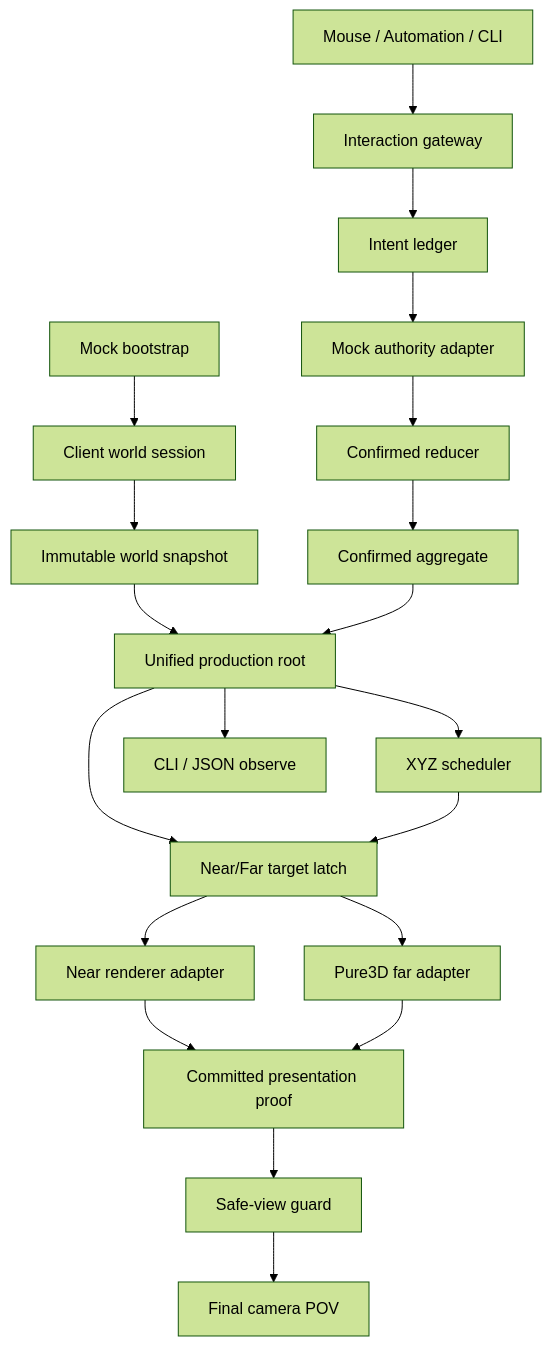
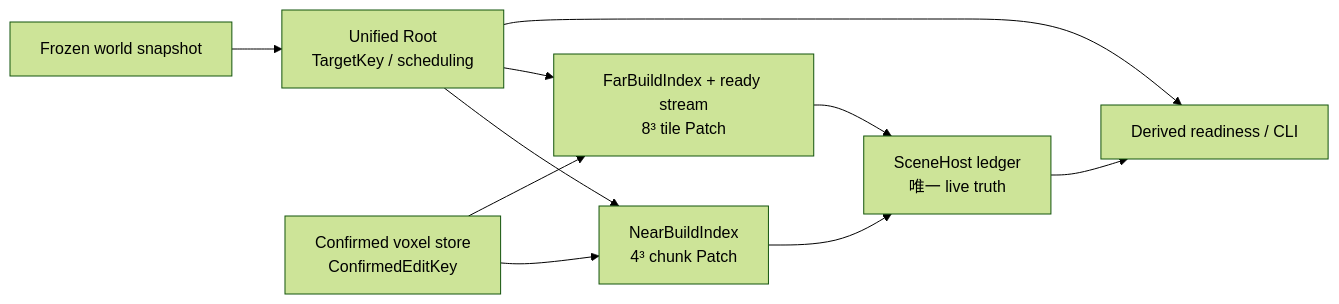
One commit to dyzdyz010/ex_mmo_cluster changed the diagram in docs/00-current-truth/design/client/streaming-lod.md. Above: the diagram before and after it, drawn with Mermaid (forest theme). The commit also changed other lines of this file and 7 other files, not shown here.

Commit message:
docs: establish patch diff streaming truth

````diff
--- a/docs/00-current-truth/design/client/streaming-lod.md
+++ b/docs/00-current-truth/design/client/streaming-lod.md
@@ -57,22 +51,20 @@
 ```mermaid
-flowchart TD
-    Bootstrap[Mock bootstrap] --> Session[Client world session]
-    Session --> Snapshot[Immutable world snapshot]
-    Input[Mouse / Automation / CLI] --> Gateway[Interaction gateway]
-    Gateway --> Intent[Intent ledger]
-    Intent --> Mock[Mock authority adapter]
-    Mock --> Reducer[Confirmed reducer]
-    Reducer --> Confirmed[Confirmed aggregate]
-    Snapshot --> Root[Unified production root]
-    Confirmed --> Root
-    Root --> Scheduler[XYZ scheduler]
-    Root --> Latch[Near/Far target latch]
-    Scheduler --> Latch
-    Latch --> Near[Near renderer adapter]
-    Latch --> Far[Pure3D far adapter]
-    Near --> Proof[Committed presentation proof]
-    Far --> Proof
-    Proof --> SafeView[Safe-view guard]
-    SafeView --> Camera[Final camera POV]
-    Root --> Observe[CLI / JSON observe]
+flowchart LR
+    Snapshot["Frozen world snapshot"]
+    Root["Unified Root\nTargetKey / scheduling"]
+    Confirmed["Confirmed voxel store\nConfirmedEditKey"]
+    Near["NearBuildIndex\n4³ chunk Patch"]
+    Far["FarBuildIndex + ready stream\n8³ tile Patch"]
+    Host["SceneHost ledger\n唯一 live truth"]
+    Proof["Derived readiness / CLI"]
+
+    Snapshot --> Root
+    Root --> Near
+    Root --> Far
+    Confirmed --> Near
+    Confirmed --> Far
+    Near --> Host
+    Far --> Host
+    Host --> Proof
+    Root --> Proof
 ```
````
